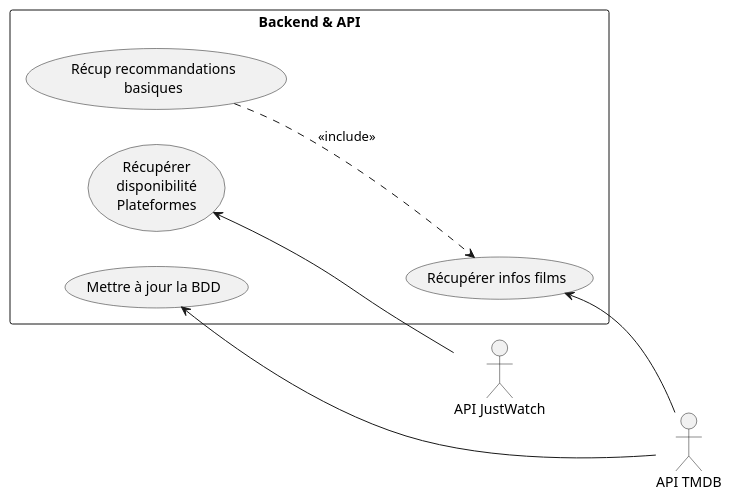
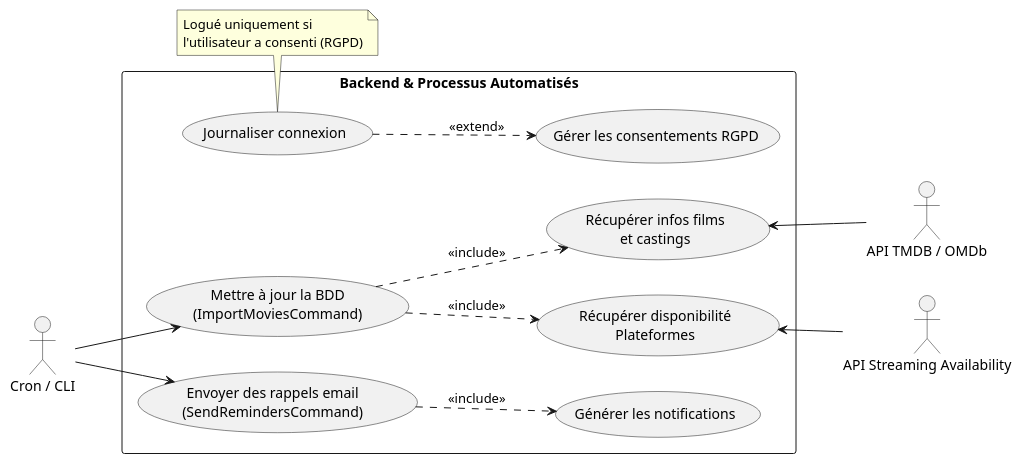
One commit to Kagitheepan/cinemate-project changed the diagram in uc_backend.wsd. Above: the diagram before and after it, drawn with PlantUML. The commit also changed 161 other files, not shown here.

Commit message:
chore: Update changes for deployment and database schema

```diff
--- a/uc_backend.wsd
+++ b/uc_backend.wsd
@@ -1,21 +1,37 @@
 @startuml
 left to right direction
 skinparam packageStyle rectangle
 
-actor "API JustWatch" as JustWatch
-actor "API TMDB" as TMDB
+actor "Cron / CLI" as Cron
+actor "API Streaming Availability" as SA
+actor "API TMDB / OMDb" as TMDB
 
-package "Backend & API" {
-    usecase "Récup recommandations\nbasiques" as UC_RecBasics
-    usecase "Récupérer\ndisponibilité\nPlateformes" as UC_Plats
-    usecase "Récupérer infos films" as UC_Infos
-    usecase "Mettre à jour la BDD" as UC_UpdateDB
+package "Backend & Processus Automatisés" {
+    usecase "Mettre à jour la BDD\n(ImportMoviesCommand)" as UC_Import
+    usecase "Récupérer infos films\net castings" as UC_Infos
+    usecase "Récupérer disponibilité\nPlateformes" as UC_Plats
+    
+    usecase "Envoyer des rappels email\n(SendRemindersCommand)" as UC_Reminders
+    usecase "Générer les notifications" as UC_GenNotifs
+    
+    usecase "Gérer les consentements RGPD" as UC_Privacy
+    usecase "Journaliser connexion" as UC_Log
 }
 
-UC_Plats <-- JustWatch
+Cron --> UC_Import
+Cron --> UC_Reminders
+
+UC_Import ..> UC_Infos : <<include>>
+UC_Import ..> UC_Plats : <<include>>
+UC_Reminders ..> UC_GenNotifs : <<include>>
+
+UC_Plats <-- SA
 UC_Infos <-- TMDB
-UC_UpdateDB <-- TMDB
 
-UC_RecBasics ..> UC_Infos : <<include>>
+UC_Log ..> UC_Privacy : <<extend>>
+note bottom of UC_Log
+  Logué uniquement si
+  l'utilisateur a consenti (RGPD)
+end note
 
 @enduml
```
